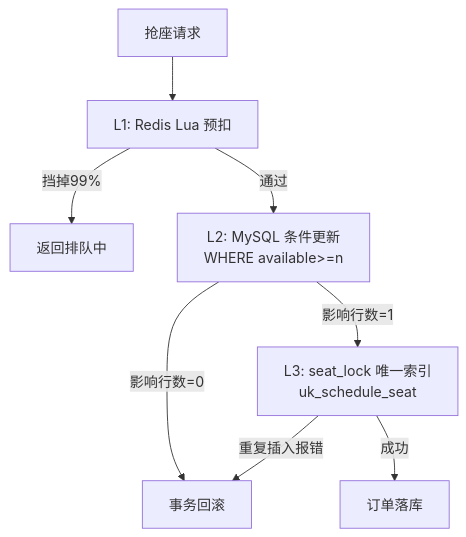
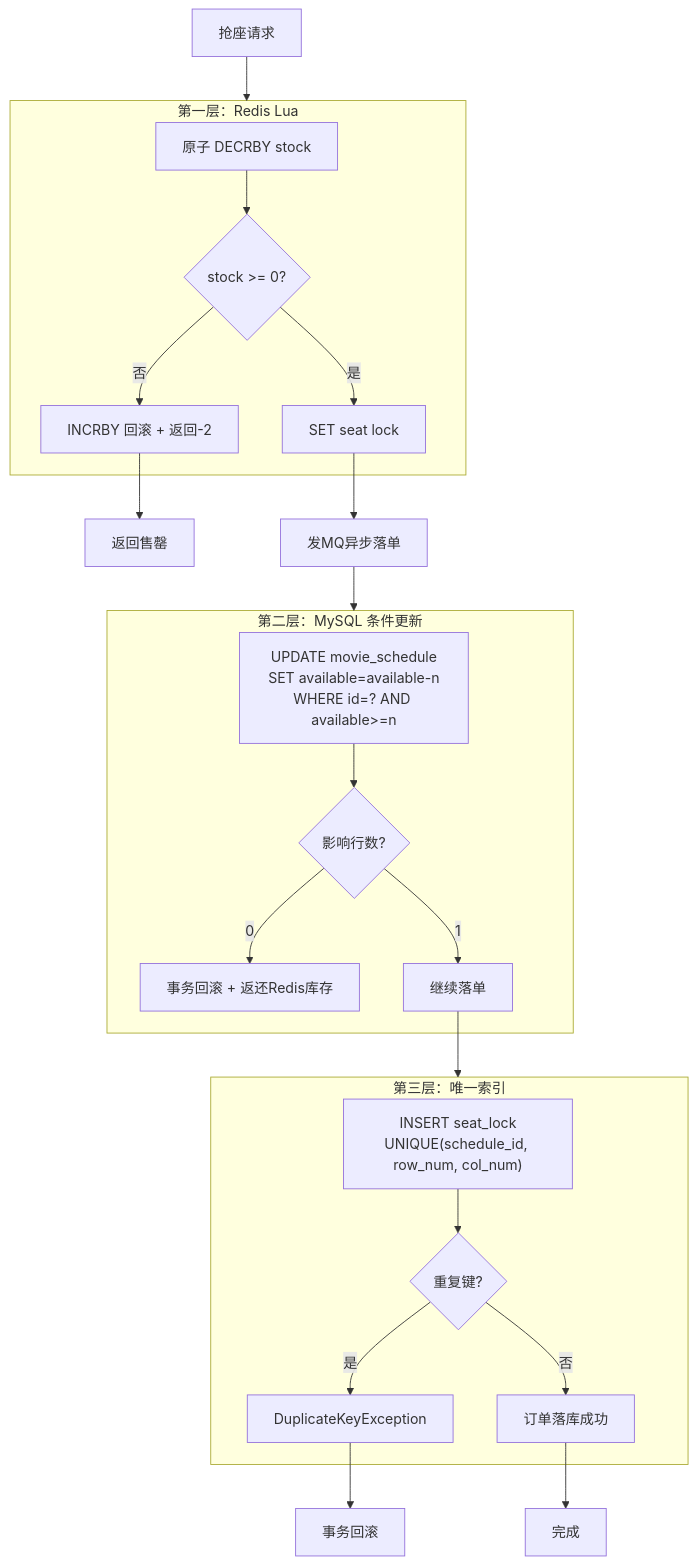
The sixth of 11 diagrams in docs/架构设计.md (wangn-tech/movie-seckill), drawn with Mermaid before and after one commit. The commit also changed other lines of this file, not shown here.

First line of the commit message:
docs: rewrite architecture doc with comprehensive mermaid diagrams

````diff
--- a/docs/架构设计.md
+++ b/docs/架构设计.md
@@ -113,10 +200,28 @@
 ```mermaid
 graph TD
-    REQ[抢座请求] --> L1[L1: Redis Lua 预扣]
-    L1 -- 挡掉99% --> END1[返回排队中]
-    L1 -- 通过 --> L2[L2: MySQL 条件更新<br/>WHERE available>=n]
-    L2 -- 影响行数=0 --> ROLLBACK[事务回滚]
-    L2 -- 影响行数=1 --> L3[L3: seat_lock 唯一索引<br/>uk_schedule_seat]
-    L3 -- 重复插入报错 --> ROLLBACK
-    L3 -- 成功 --> COMMIT[订单落库]
+    REQ[抢座请求] --> L1
+    subgraph L1["第一层：Redis Lua"]
+        L1A[原子 DECRBY stock] --> L1B{stock >= 0?}
+        L1B -- 否 --> L1C[INCRBY 回滚 + 返回-2]
+        L1B -- 是 --> L1D[SET seat lock]
+    end
+    L1C --> END1[返回售罄]
+    L1D --> MQ[发MQ异步落单]
+
+    MQ --> L2
+    subgraph L2["第二层：MySQL 条件更新"]
+        L2A["UPDATE movie_schedule<br/>SET available=available-n<br/>WHERE id=? AND available>=n"] --> L2B{影响行数?}
+        L2B -- 0 --> L2C[事务回滚 + 返还Redis库存]
+        L2B -- 1 --> L2D[继续落单]
+    end
+
+    L2D --> L3
+    subgraph L3["第三层：唯一索引"]
+        L3A["INSERT seat_lock<br/>UNIQUE(schedule_id, row_num, col_num)"] --> L3B{重复键?}
+        L3B -- 是 --> L3C[DuplicateKeyException]
+        L3B -- 否 --> L3D[订单落库成功]
+    end
+
+    L3C --> END2[事务回滚]
+    L3D --> END3[完成]
 ```
````
